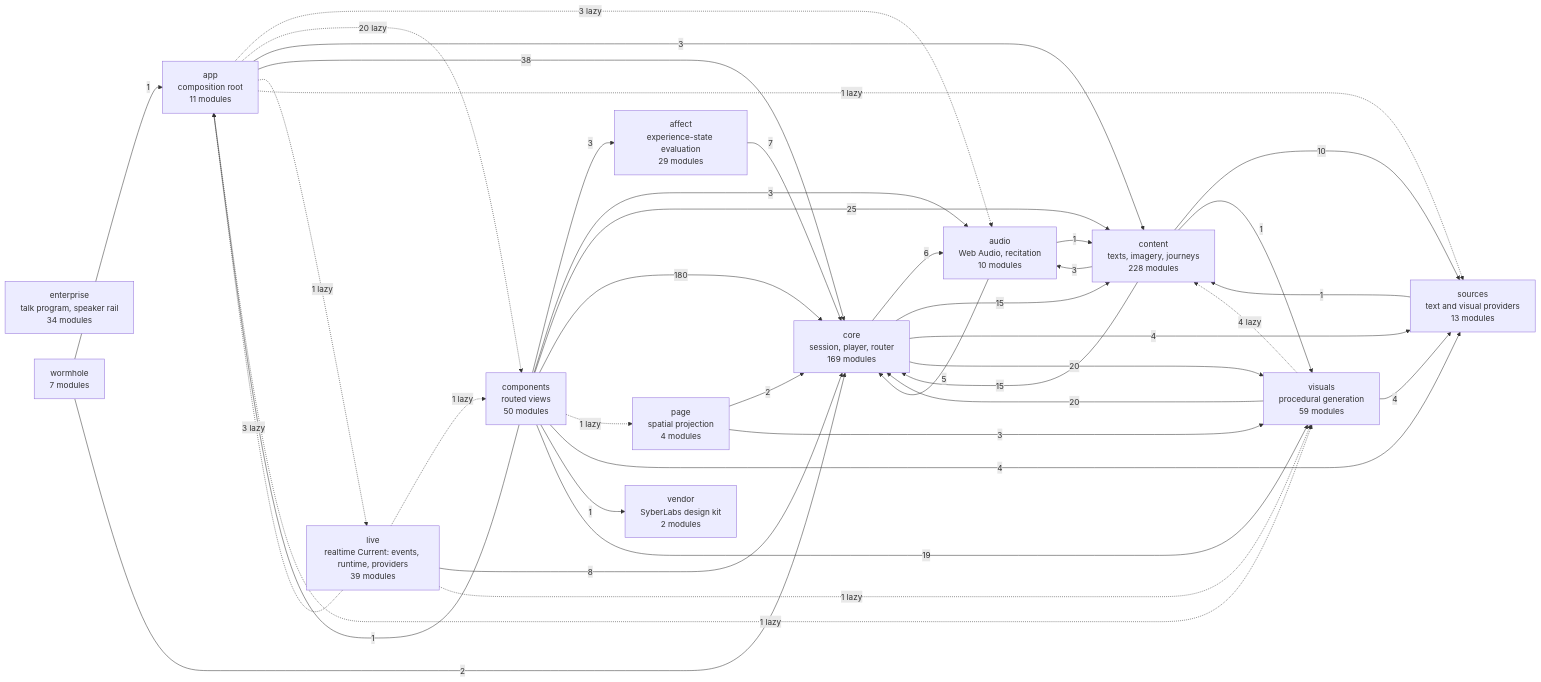
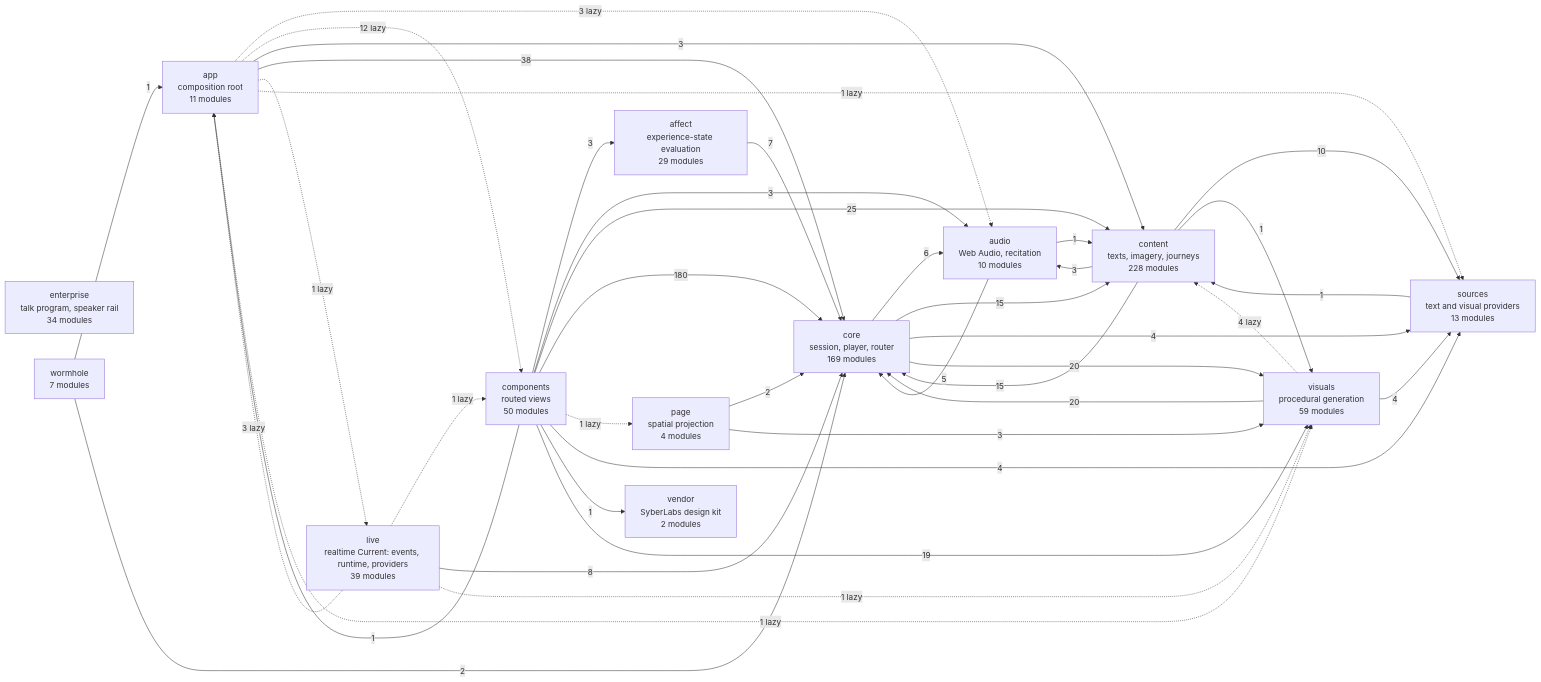
The diagram in docs/specs/ARCHITECTURE.md (SyberLabs/RISE), drawn with Mermaid before and after one commit. The commit also changed other lines of this file and 39 other files, not shown here.

````diff
--- a/docs/specs/ARCHITECTURE.md
+++ b/docs/specs/ARCHITECTURE.md
@@ -151,56 +152,56 @@
 ```mermaid
 flowchart LR
     affect["affect<br/>experience-state evaluation<br/>29 modules"]
     app["app<br/>composition root<br/>11 modules"]
     audio["audio<br/>Web Audio, recitation<br/>10 modules"]
     components["components<br/>routed views<br/>50 modules"]
     content["content<br/>texts, imagery, journeys<br/>228 modules"]
     core["core<br/>session, player, router<br/>169 modules"]
     enterprise["enterprise<br/>talk program, speaker rail<br/>34 modules"]
     live["live<br/>realtime Current: events, runtime, providers<br/>39 modules"]
     page["page<br/>spatial projection<br/>4 modules"]
     sources["sources<br/>text and visual providers<br/>13 modules"]
     vendor["vendor<br/>SyberLabs design kit<br/>2 modules"]
     visuals["visuals<br/>procedural generation<br/>59 modules"]
     wormhole["wormhole<br/>7 modules"]
 
     affect --> |7| core
     app -.-> |3 lazy| audio
-    app -.-> |20 lazy| components
+    app -.-> |12 lazy| components
     app --> |3| content
     app --> |38| core
     app -.-> |1 lazy| live
     app -.-> |1 lazy| sources
     app -.-> |1 lazy| visuals
     audio --> |1| content
     audio --> |5| core
     components --> |3| affect
     components --> |1| app
     components --> |3| audio
     components --> |25| content
     components --> |180| core
     components -.-> |1 lazy| page
     components --> |4| sources
     components --> |1| vendor
     components --> |19| visuals
     content --> |3| audio
     content --> |15| core
     content --> |10| sources
     content --> |1| visuals
     core --> |6| audio
     core --> |15| content
     core --> |4| sources
     core --> |20| visuals
     live -.-> |3 lazy| app
     live -.-> |1 lazy| components
     live --> |8| core
     live -.-> |1 lazy| visuals
     page --> |2| core
     page --> |3| visuals
     sources --> |1| content
     visuals -.-> |4 lazy| content
     visuals --> |20| core
     visuals --> |4| sources
     wormhole --> |1| app
     wormhole --> |2| core
 ```
````
